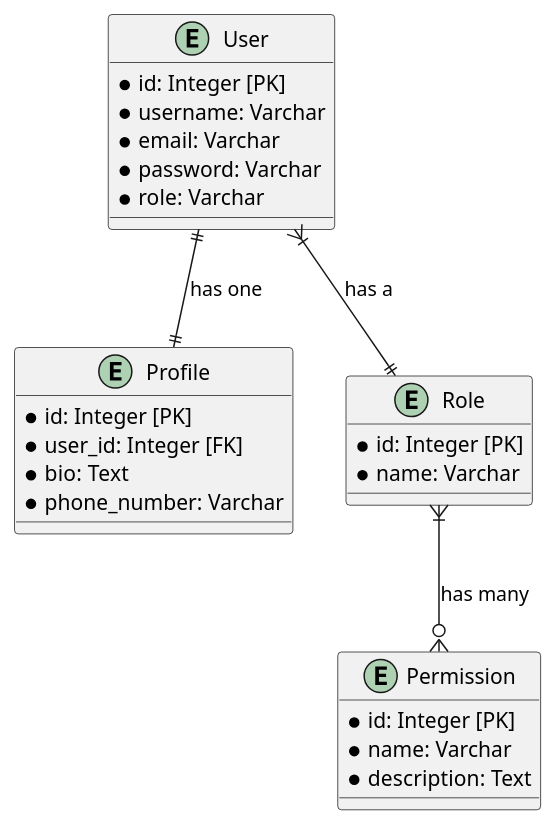
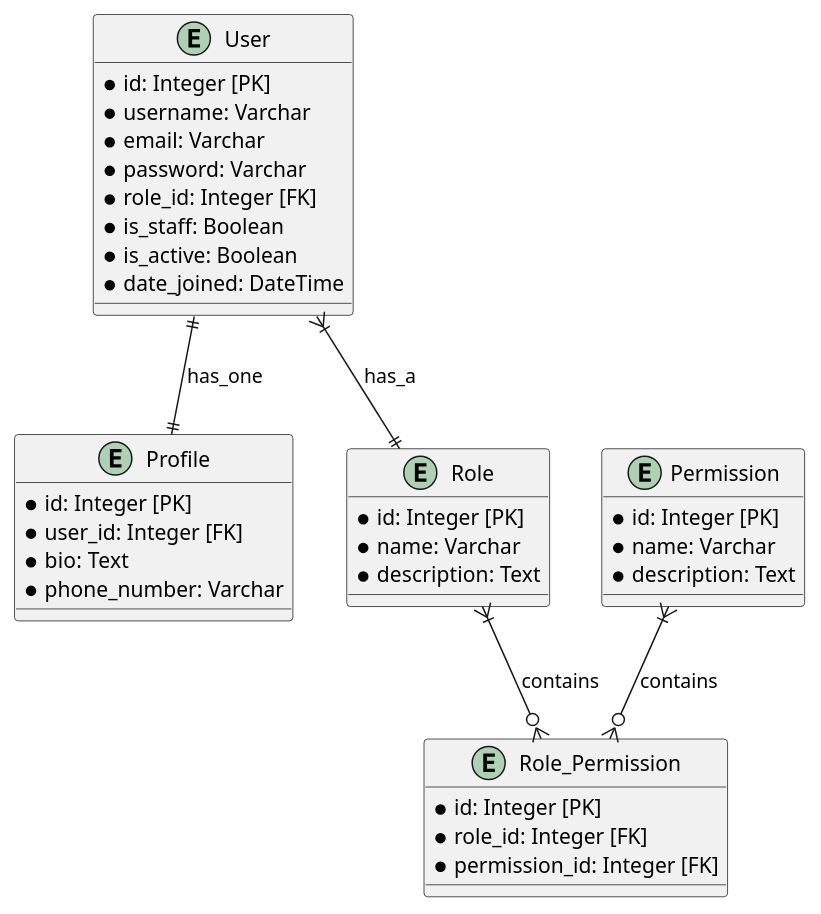
Before and after one commit to mohamedashraf-eng/E-Raven-gig-Mohanad: the diagram in docs/UMS/sql_relations.puml, drawn with PlantUML. The commit also changed 76 other files, not shown here.

```diff
--- a/docs/UMS/sql_relations.puml
+++ b/docs/UMS/sql_relations.puml
@@ -1,31 +1,44 @@
 @startuml
+
 entity User {
     * id: Integer [PK]
     * username: Varchar
     * email: Varchar
     * password: Varchar
-    * role: Varchar
+    * role_id: Integer [FK]
+    * is_staff: Boolean
+    * is_active: Boolean
+    * date_joined: DateTime
 }
 
 entity Profile {
     * id: Integer [PK]
     * user_id: Integer [FK]
     * bio: Text
     * phone_number: Varchar
 }
 
 entity Role {
     * id: Integer [PK]
     * name: Varchar
+    * description: Text
 }
 
 entity Permission {
     * id: Integer [PK]
     * name: Varchar
     * description: Text
 }
 
-User ||--|| Profile : "has one"
-User }|--|| Role : "has a"
-Role }|--o{ Permission : "has many"
+entity Role_Permission {
+    * id: Integer [PK]
+    * role_id: Integer [FK]
+    * permission_id: Integer [FK]
+}
+
+User ||--|| Profile : has_one
+User }|--|| Role : has_a
+Role }|--o{ Role_Permission : contains
+Permission }|--o{ Role_Permission : contains
+
 @enduml
```
